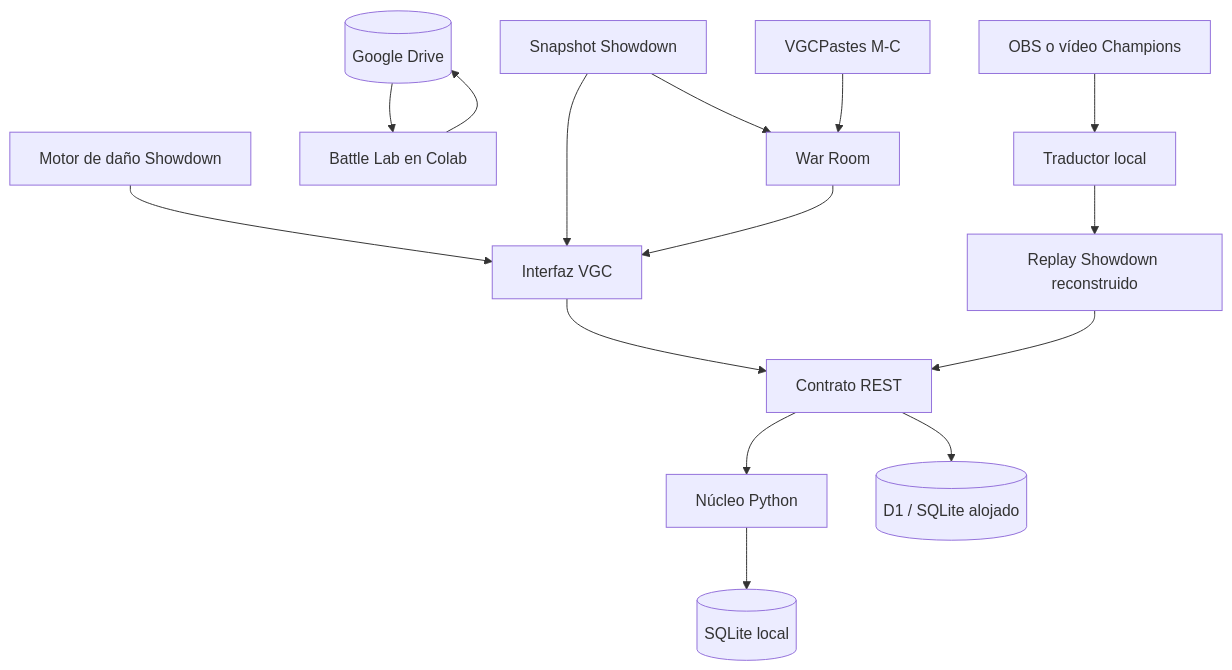
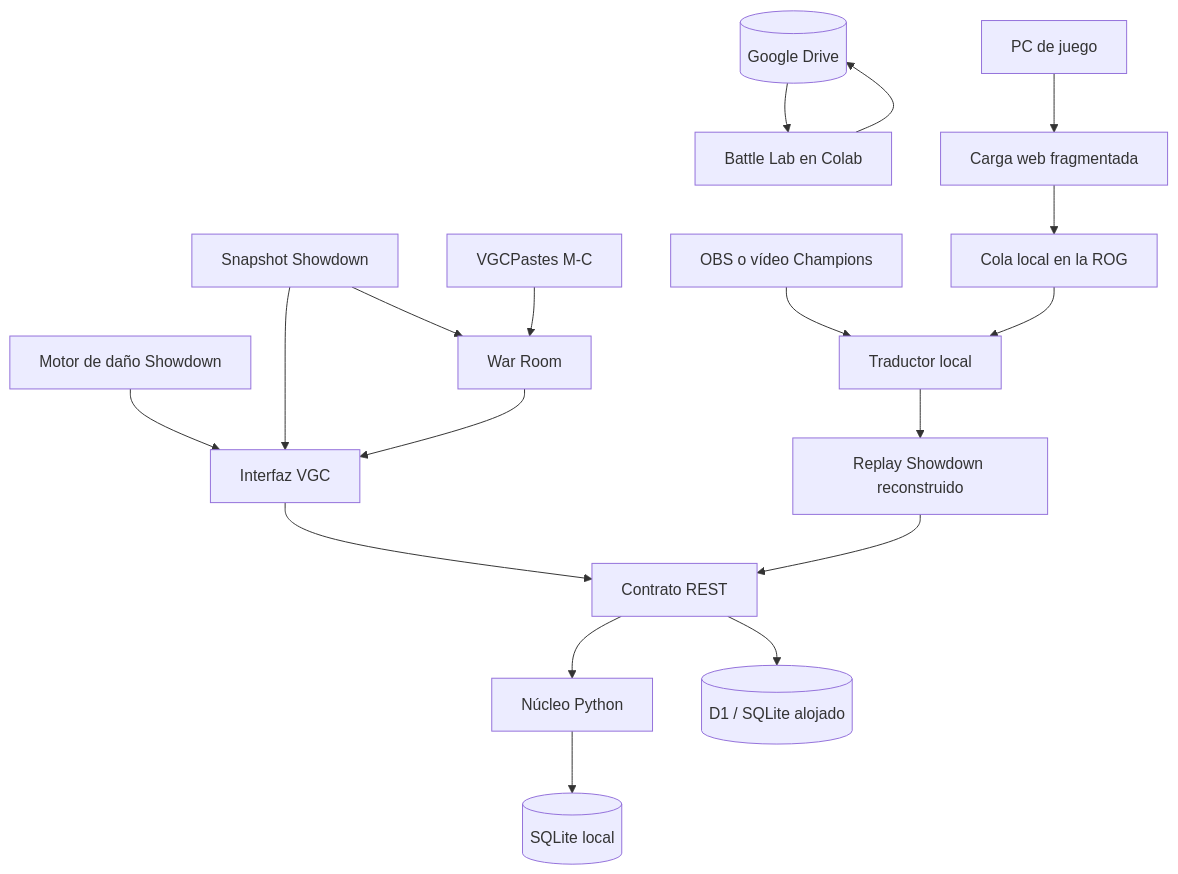
The diagram in docs/architecture.md (Iesyo/pkmn), drawn with Mermaid before and after one commit. The commit also changed other lines of this file and 11 other files, not shown here.

````diff
--- a/docs/architecture.md
+++ b/docs/architecture.md
@@ -12,17 +12,20 @@
 ```mermaid
 flowchart TD
     UI[Interfaz VGC] --> API[Contrato REST]
     DEX[Snapshot Showdown] --> UI
     CALC[Motor de daño Showdown] --> UI
     CORPUS[VGCPastes M-C] --> WAR[War Room]
     DEX --> WAR
     WAR --> UI
     API --> PY[Núcleo Python]
     PY --> SQL[(SQLite local)]
     API --> D1[(D1 / SQLite alojado)]
     DRIVE[(Google Drive)] --> LAB[Battle Lab en Colab]
     LAB --> DRIVE
     LIVE[OBS o vídeo Champions] --> CAP[Traductor local]
+    REMOTE[PC de juego] --> UPLOAD[Carga web fragmentada]
+    UPLOAD --> QUEUE[Cola local en la ROG]
+    QUEUE --> CAP
     CAP --> REPLAY[Replay Showdown reconstruido]
     REPLAY --> API
 ```
````
